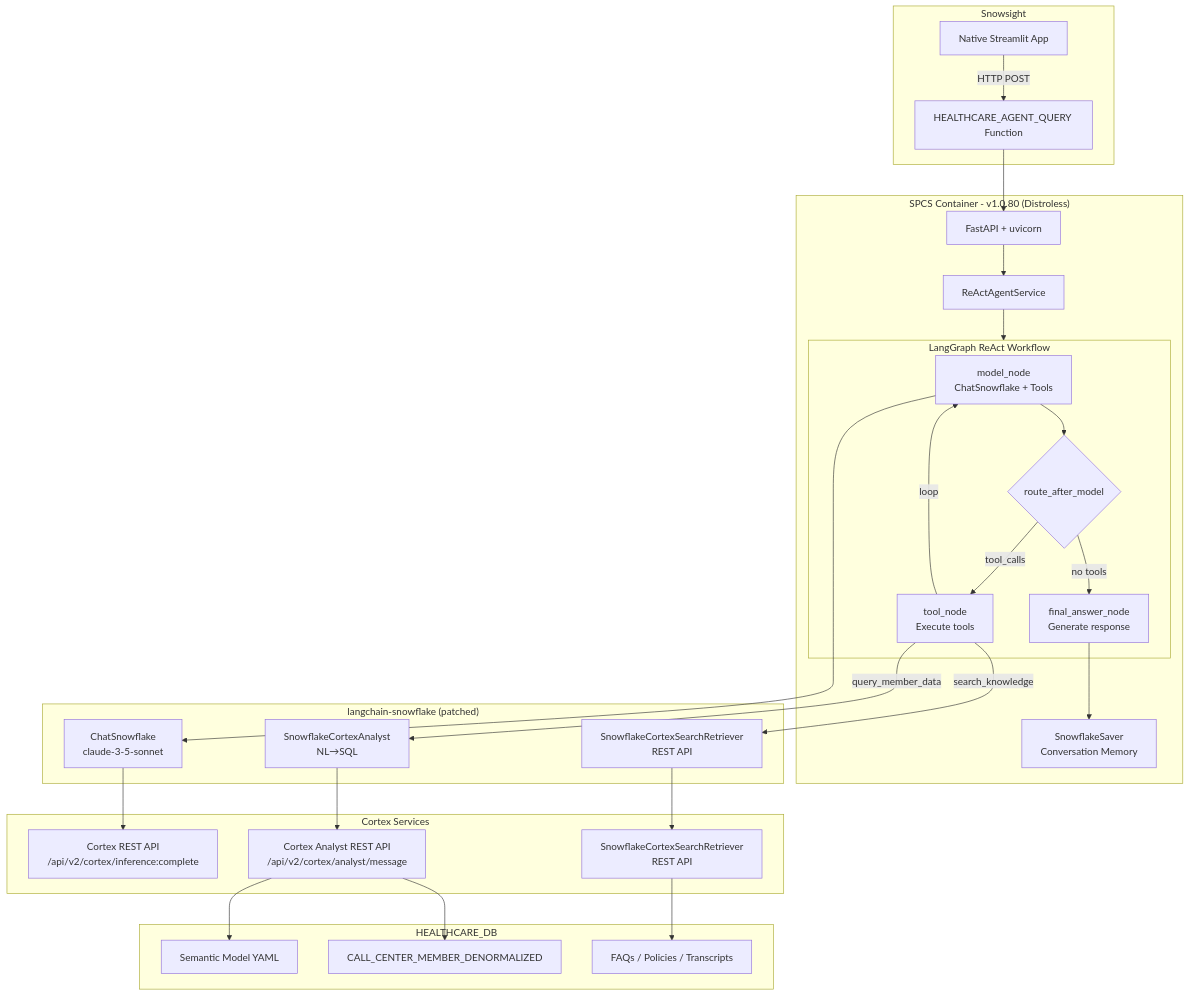
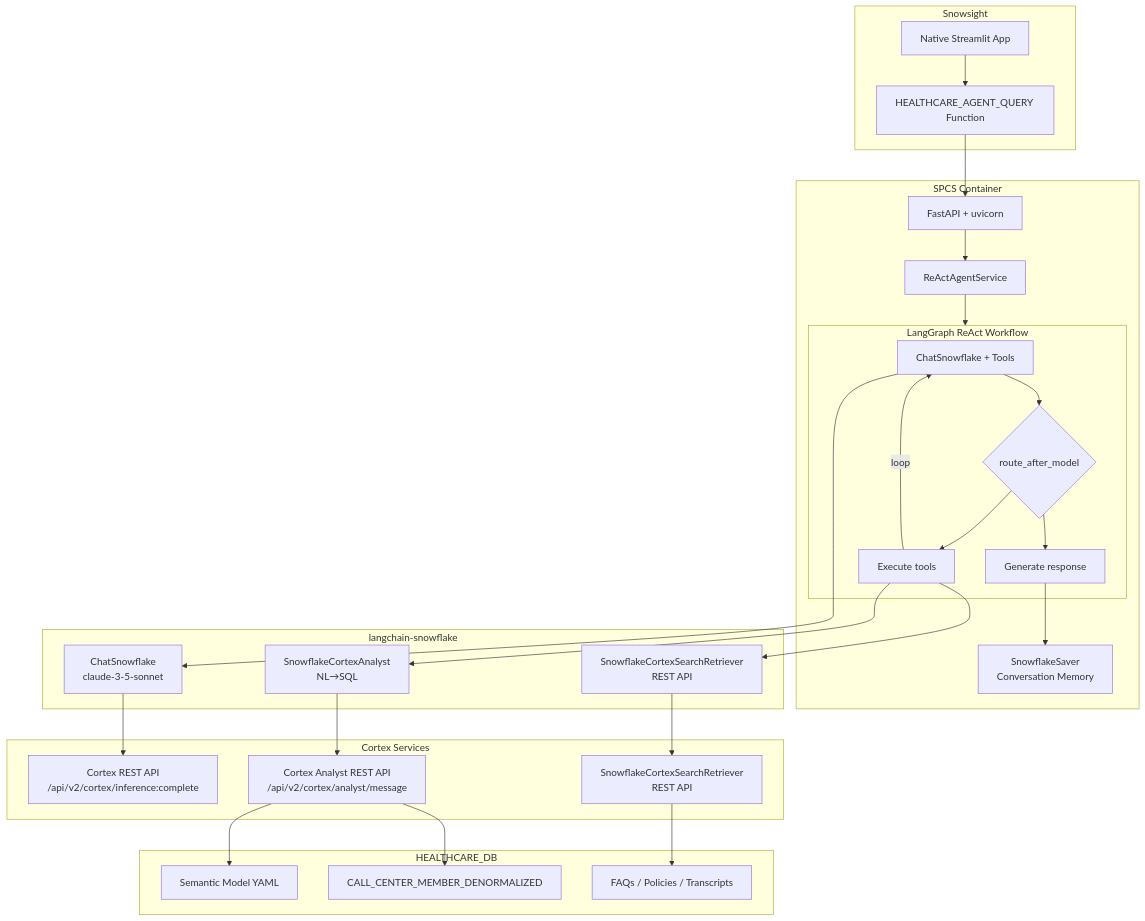
The diagram in README.md (NikitaVoitov/snowflake-healthcare-agent), drawn with Mermaid before and after one commit.

Commit message:
Diagram edit

````diff
--- a/README.md
+++ b/README.md
@@ -40,61 +40,48 @@
 ```mermaid
-flowchart TD
-    subgraph snowsight["Snowsight"]
+flowchart TB
+ subgraph snowsight["Snowsight"]
         StreamlitApp["Native Streamlit App"]
         ServiceFunction["HEALTHCARE_AGENT_QUERY Function"]
-    end
-
-    subgraph spcs["SPCS Container - v1.0.80 (Distroless)"]
+  end
+ subgraph react_graph["LangGraph ReAct Workflow"]
+        ModelNode["ChatSnowflake + Tools"]
+        Router{"route_after_model"}
+        ToolNode["Execute tools"]
+        FinalAnswer["Generate response"]
+  end
+ subgraph spcs["SPCS Container"]
         FastAPI["FastAPI + uvicorn"]
         ReactService["ReActAgentService"]
-        
-        subgraph react_graph["LangGraph ReAct Workflow"]
-            ModelNode["model_node<br/>ChatSnowflake + Tools"]
-            Router{route_after_model}
-            ToolNode["tool_node<br/>Execute tools"]
-            FinalAnswer["final_answer_node<br/>Generate response"]
-        end
-        
-        Checkpointer["SnowflakeSaver<br/>Conversation Memory"]
-    end
-
-    subgraph langchain["langchain-snowflake (patched)"]
-        ChatSnowflake["ChatSnowflake<br/>claude-3-5-sonnet"]
-        CortexAnalyst["SnowflakeCortexAnalyst<br/>NL→SQL"]
-        CortexRetriever["SnowflakeCortexSearchRetriever<br/>REST API"]
-    end
-
-    subgraph cortex["Cortex Services"]
-        CortexREST["Cortex REST API<br/>/api/v2/cortex/inference:complete"]
-        AnalystREST["Cortex Analyst REST API<br/>/api/v2/cortex/analyst/message"]
-        CortexSearch["SnowflakeCortexSearchRetriever<br/>REST API"]
-    end
-
-    subgraph db["HEALTHCARE_DB"]
+        react_graph
+        Checkpointer["SnowflakeSaver<br>Conversation Memory"]
+  end
+ subgraph langchain["langchain-snowflake"]
+        ChatSnowflake["ChatSnowflake<br>claude-3-5-sonnet"]
+        CortexAnalyst["SnowflakeCortexAnalyst<br>NL→SQL"]
+        CortexRetriever["SnowflakeCortexSearchRetriever<br>REST API"]
+  end
+ subgraph cortex["Cortex Services"]
+        CortexREST["Cortex REST API<br>/api/v2/cortex/inference:complete"]
+        AnalystREST["Cortex Analyst REST API<br>/api/v2/cortex/analyst/message"]
+        CortexSearch["SnowflakeCortexSearchRetriever<br>REST API"]
+  end
+ subgraph db["HEALTHCARE_DB"]
         SemanticModel["Semantic Model YAML"]
         MemberData["CALL_CENTER_MEMBER_DENORMALIZED"]
         KnowledgeData["FAQs / Policies / Transcripts"]
-    end
-
-    StreamlitApp -->|HTTP POST| ServiceFunction
+  end
+    StreamlitApp -- <br> --> ServiceFunction
     ServiceFunction --> FastAPI
     FastAPI --> ReactService
     ReactService --> react_graph
-    
-    ModelNode --> Router
-    Router -->|tool_calls| ToolNode
-    Router -->|no tools| FinalAnswer
-    
-    ToolNode -->|loop| ModelNode
+    ModelNode --> Router & ChatSnowflake
+    Router -- <br> --> ToolNode & FinalAnswer
+    ToolNode -- loop --> ModelNode
     FinalAnswer --> Checkpointer
-    
-    ModelNode --> ChatSnowflake
     ChatSnowflake --> CortexREST
-    ToolNode -->|query_member_data| CortexAnalyst
-    ToolNode -->|search_knowledge| CortexRetriever
+    ToolNode -- <br> --> CortexAnalyst & CortexRetriever
     CortexRetriever --> CortexSearch
     CortexAnalyst --> AnalystREST
-    AnalystREST --> SemanticModel
-    AnalystREST --> MemberData
+    AnalystREST --> SemanticModel & MemberData
     CortexSearch --> KnowledgeData
 ```
````
